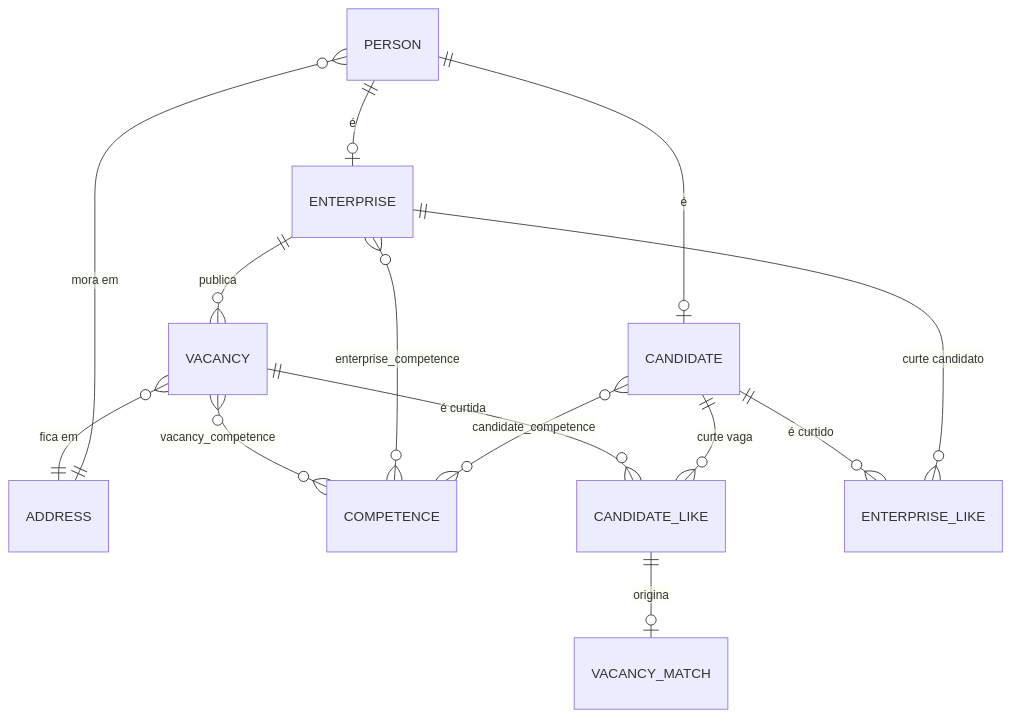
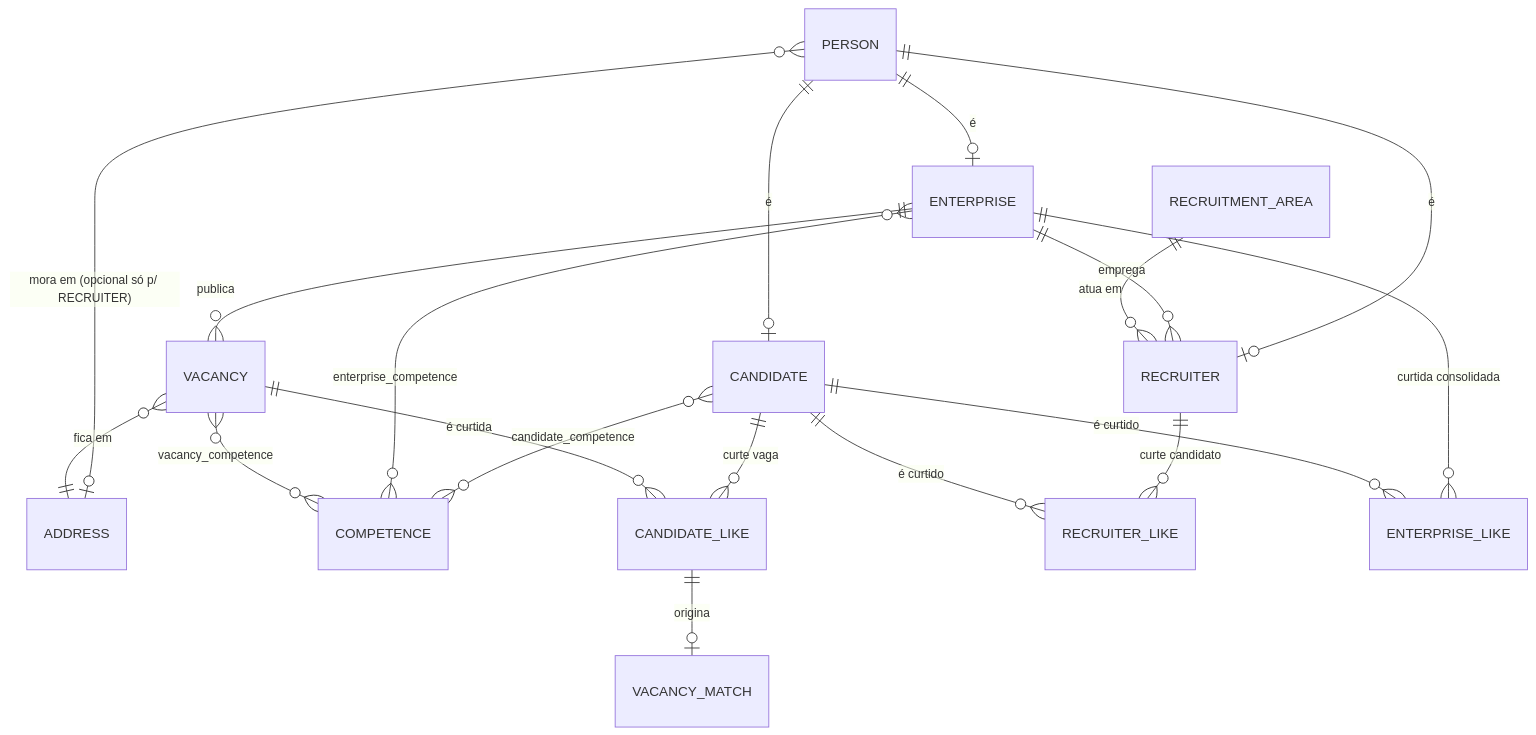
One commit to mariajuliasales/Linketinder-Project changed the diagram in AGENTS.md. Above: the diagram before and after it, drawn with Mermaid. The commit also changed other lines of this file and 3 other files, not shown here.

````diff
--- a/AGENTS.md
+++ b/AGENTS.md
@@ -205,16 +208,21 @@
 ```mermaid
 erDiagram
     PERSON ||--o| CANDIDATE : "é"
     PERSON ||--o| ENTERPRISE : "é"
-    PERSON }o--|| ADDRESS : "mora em"
+    PERSON ||--o| RECRUITER : "é"
+    PERSON }o--o| ADDRESS : "mora em (opcional só p/ RECRUITER)"
+    ENTERPRISE ||--o{ RECRUITER : "emprega"
+    RECRUITMENT_AREA ||--o{ RECRUITER : "atua em"
     ENTERPRISE ||--o{ VACANCY : "publica"
     VACANCY }o--|| ADDRESS : "fica em"
     CANDIDATE }o--o{ COMPETENCE : "candidate_competence"
     ENTERPRISE }o--o{ COMPETENCE : "enterprise_competence"
     VACANCY }o--o{ COMPETENCE : "vacancy_competence"
     CANDIDATE ||--o{ CANDIDATE_LIKE : "curte vaga"
     VACANCY ||--o{ CANDIDATE_LIKE : "é curtida"
-    ENTERPRISE ||--o{ ENTERPRISE_LIKE : "curte candidato"
+    RECRUITER ||--o{ RECRUITER_LIKE : "curte candidato"
+    CANDIDATE ||--o{ RECRUITER_LIKE : "é curtido"
+    ENTERPRISE ||--o{ ENTERPRISE_LIKE : "curtida consolidada"
     CANDIDATE ||--o{ ENTERPRISE_LIKE : "é curtido"
     CANDIDATE_LIKE ||--o| VACANCY_MATCH : "origina"
 ```
````
